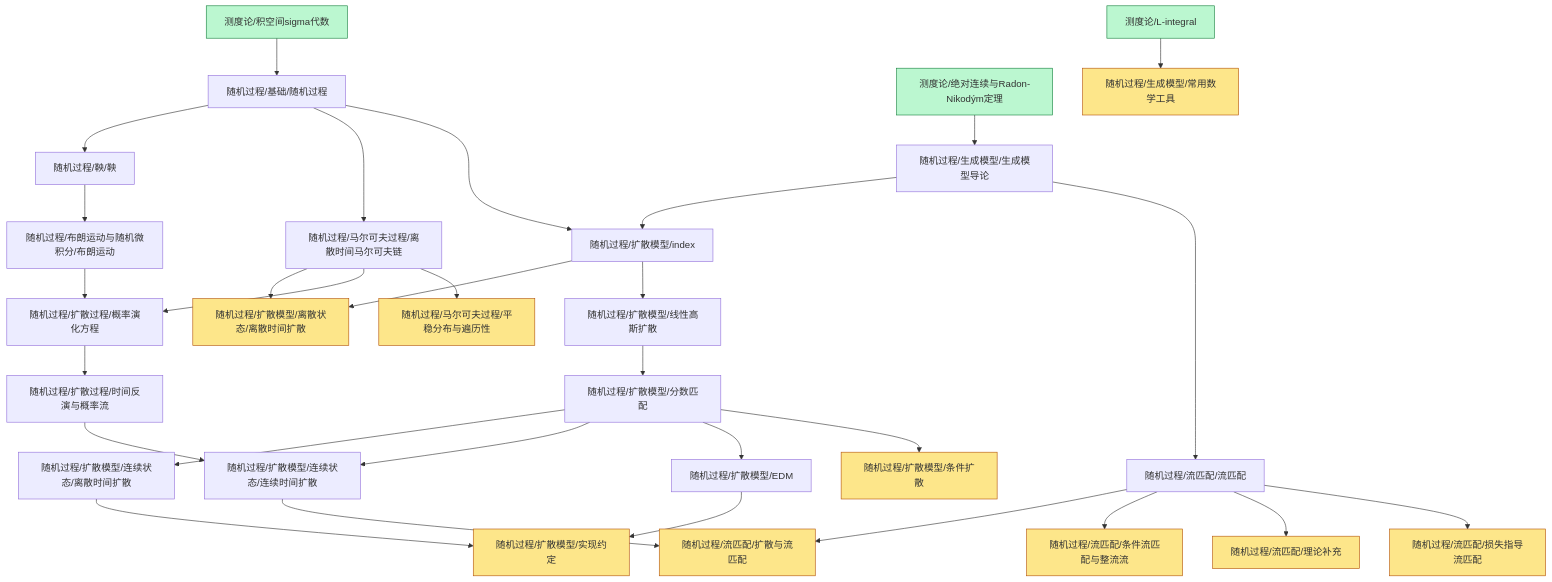
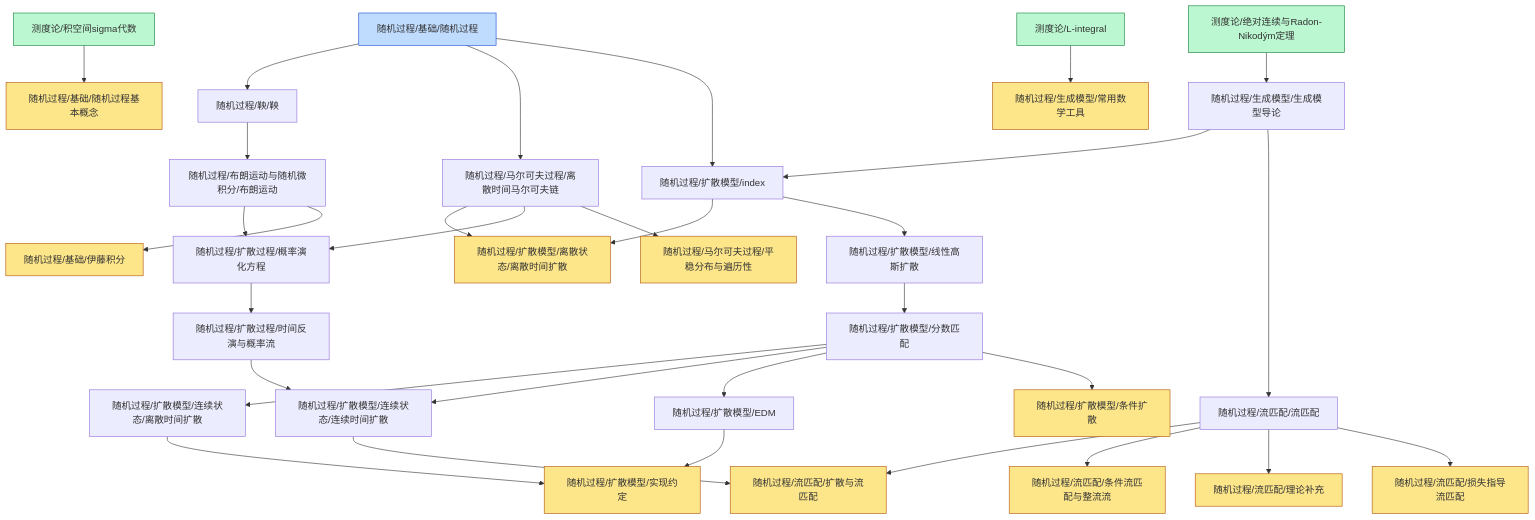
Before and after one commit to zeroDtree/zeroDtree.github.io: the diagram in content/随机过程/dependency_graph.md, drawn with Mermaid. The commit also changed 6 other files, not shown here.

````diff
--- a/content/随机过程/dependency_graph.md
+++ b/content/随机过程/dependency_graph.md
@@ -1,36 +1,39 @@
 ```mermaid
 graph TD
 1["随机过程/流匹配/流匹配"] --> 0["随机过程/流匹配/损失指导流匹配"]
 1["随机过程/流匹配/流匹配"] --> 2["随机过程/流匹配/理论补充"]
 1["随机过程/流匹配/流匹配"] --> 3["随机过程/流匹配/条件流匹配与整流流"]
 5["随机过程/扩散模型/连续状态/连续时间扩散"] --> 4["随机过程/流匹配/扩散与流匹配"]
 1["随机过程/流匹配/流匹配"] --> 4["随机过程/流匹配/扩散与流匹配"]
 6["随机过程/生成模型/生成模型导论"] --> 1["随机过程/流匹配/流匹配"]
 8["随机过程/扩散模型/连续状态/离散时间扩散"] --> 7["随机过程/扩散模型/实现约定"]
 9["随机过程/扩散模型/EDM"] --> 7["随机过程/扩散模型/实现约定"]
 11["随机过程/扩散模型/index"] --> 10["随机过程/扩散模型/线性高斯扩散"]
 13["随机过程/扩散模型/分数匹配"] --> 12["随机过程/扩散模型/条件扩散"]
 10["随机过程/扩散模型/线性高斯扩散"] --> 13["随机过程/扩散模型/分数匹配"]
 14["随机过程/基础/随机过程"] --> 11["随机过程/扩散模型/index"]
 6["随机过程/生成模型/生成模型导论"] --> 11["随机过程/扩散模型/index"]
 13["随机过程/扩散模型/分数匹配"] --> 9["随机过程/扩散模型/EDM"]
 14["随机过程/基础/随机过程"] --> 15["随机过程/马尔可夫过程/离散时间马尔可夫链"]
 15["随机过程/马尔可夫过程/离散时间马尔可夫链"] --> 16["随机过程/马尔可夫过程/平稳分布与遍历性"]
-17["测度论/积空间sigma代数"] --> 14["随机过程/基础/随机过程"]
-19["随机过程/鞅/鞅"] --> 18["随机过程/布朗运动与随机微积分/布朗运动"]
-14["随机过程/基础/随机过程"] --> 19["随机过程/鞅/鞅"]
-20["测度论/绝对连续与Radon-Nikodým定理"] --> 6["随机过程/生成模型/生成模型导论"]
-22["测度论/L-integral"] --> 21["随机过程/生成模型/常用数学工具"]
-15["随机过程/马尔可夫过程/离散时间马尔可夫链"] --> 23["随机过程/扩散过程/概率演化方程"]
-18["随机过程/布朗运动与随机微积分/布朗运动"] --> 23["随机过程/扩散过程/概率演化方程"]
-23["随机过程/扩散过程/概率演化方程"] --> 24["随机过程/扩散过程/时间反演与概率流"]
+18["测度论/积空间sigma代数"] --> 17["随机过程/基础/随机过程基本概念"]
+20["随机过程/布朗运动与随机微积分/布朗运动"] --> 19["随机过程/基础/伊藤积分"]
+21["随机过程/鞅/鞅"] --> 20["随机过程/布朗运动与随机微积分/布朗运动"]
+14["随机过程/基础/随机过程"] --> 21["随机过程/鞅/鞅"]
+22["测度论/绝对连续与Radon-Nikodým定理"] --> 6["随机过程/生成模型/生成模型导论"]
+24["测度论/L-integral"] --> 23["随机过程/生成模型/常用数学工具"]
+15["随机过程/马尔可夫过程/离散时间马尔可夫链"] --> 25["随机过程/扩散过程/概率演化方程"]
+20["随机过程/布朗运动与随机微积分/布朗运动"] --> 25["随机过程/扩散过程/概率演化方程"]
+25["随机过程/扩散过程/概率演化方程"] --> 26["随机过程/扩散过程/时间反演与概率流"]
 13["随机过程/扩散模型/分数匹配"] --> 5["随机过程/扩散模型/连续状态/连续时间扩散"]
-24["随机过程/扩散过程/时间反演与概率流"] --> 5["随机过程/扩散模型/连续状态/连续时间扩散"]
+26["随机过程/扩散过程/时间反演与概率流"] --> 5["随机过程/扩散模型/连续状态/连续时间扩散"]
 13["随机过程/扩散模型/分数匹配"] --> 8["随机过程/扩散模型/连续状态/离散时间扩散"]
-11["随机过程/扩散模型/index"] --> 25["随机过程/扩散模型/离散状态/离散时间扩散"]
-15["随机过程/马尔可夫过程/离散时间马尔可夫链"] --> 25["随机过程/扩散模型/离散状态/离散时间扩散"]
+11["随机过程/扩散模型/index"] --> 27["随机过程/扩散模型/离散状态/离散时间扩散"]
+15["随机过程/马尔可夫过程/离散时间马尔可夫链"] --> 27["随机过程/扩散模型/离散状态/离散时间扩散"]
 classDef leaf fill:#fde68a,stroke:#b45309
-class 0,2,3,4,7,12,16,21,25 leaf
+class 0,2,3,4,7,12,16,17,19,23,27 leaf
+classDef root fill:#bfdbfe,stroke:#1d4ed8
+class 14 root
 classDef foundationRoot fill:#bbf7d0,stroke:#15803d
-class 17,20,22 foundationRoot
+class 18,22,24 foundationRoot
 ```
````
